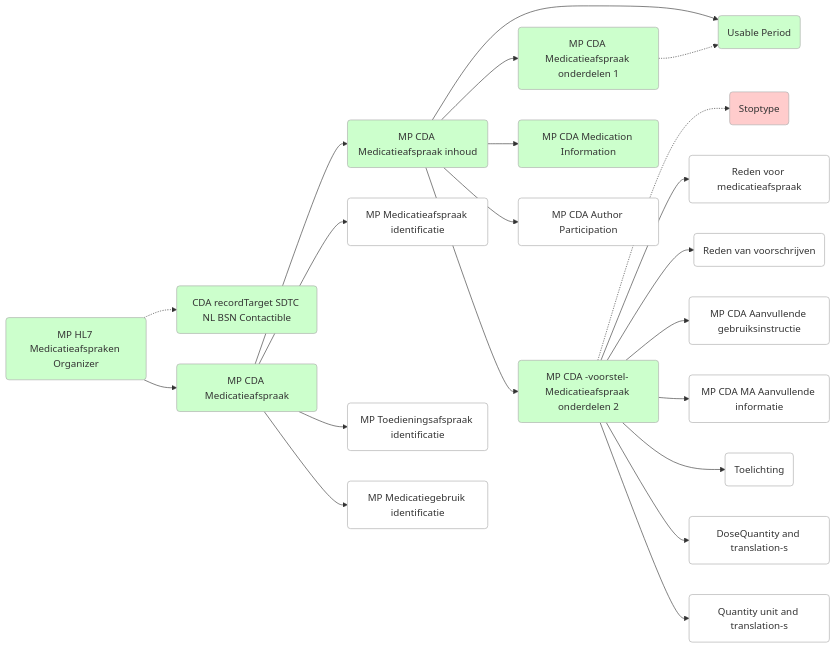
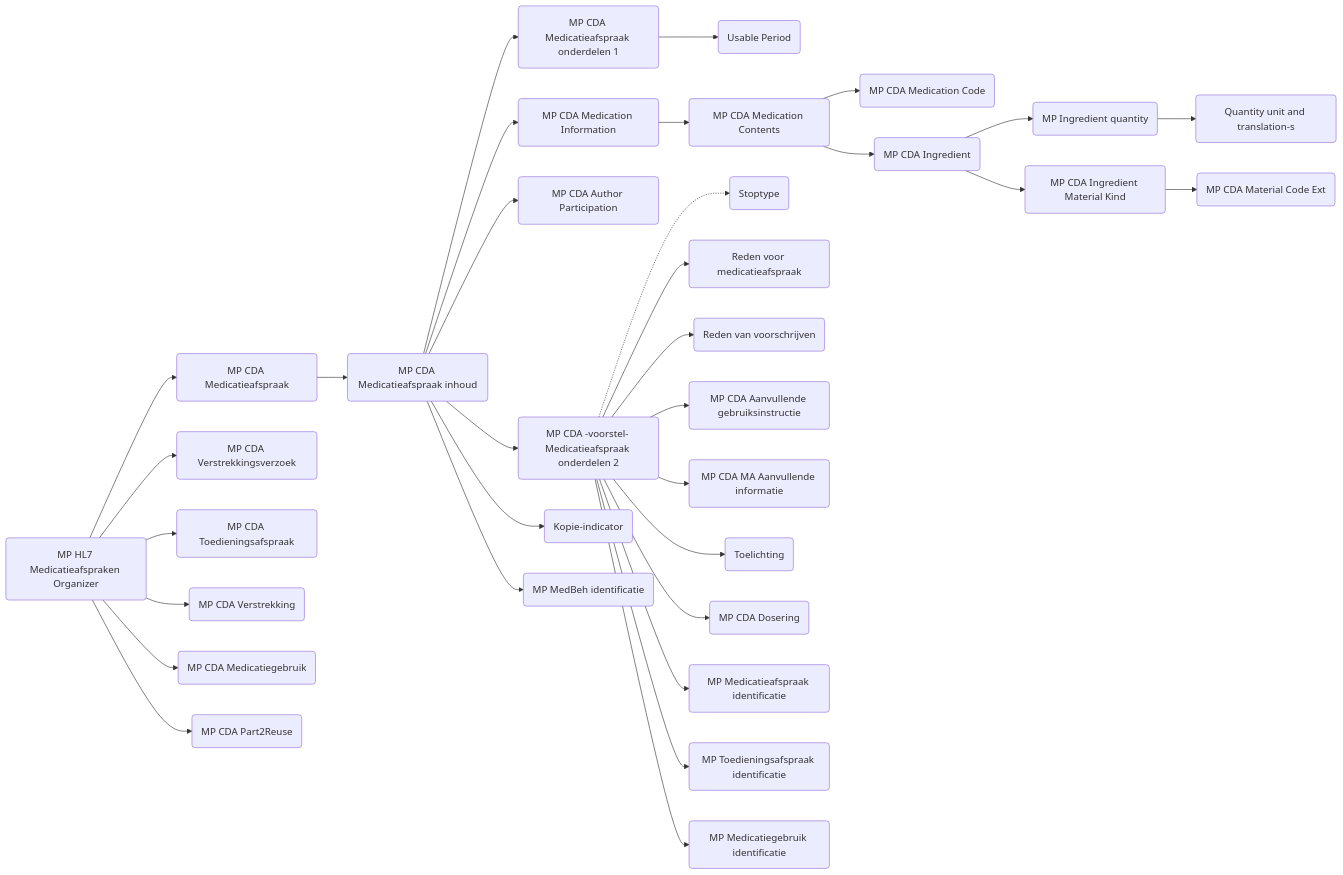
One commit to Duometis/overbrugging changed the diagram in testplaatjes.md. Above: the diagram before and after it, drawn with Mermaid. The commit also changed other lines of this file, not shown here.

````diff
--- a/testplaatjes.md
+++ b/testplaatjes.md
@@ -1,51 +1,34 @@
 ```mermaid
 flowchart LR
-    %% Root organizer
-    1(MP HL7 Medicatieafspraken Organizer)
-
-    %% Inclusie (header/patiënt)
-    1 -.-> 2(CDA recordTarget SDTC NL BSN Contactible)
-
-    %% Containment van de entry
-    1 --> 3(MP CDA Medicatieafspraak)
-
-    %% Inhoudelijke children van MP CDA Medicatieafspraak
-    3 --> 4(MP CDA Medicatieafspraak inhoud)
-    4 --> 5(MP CDA Medicatieafspraak onderdelen 1)
-    4 --> 6(MP CDA -voorstel- Medicatieafspraak onderdelen 2)
-    4 --> 7(MP CDA Medication Information)
-    4 --> 8(MP CDA Author Participation)
-    4 --> 9(Usable Period)
-
-    %% Inclusie binnen onderdelen 1
-    5 -.-> 9(Usable Period)
-
-    %% EntryRelationships onder onderdelen 2
-    6 -.-> 10(Stoptype)
-    6 --> 11(Reden voor medicatieafspraak)
-    6 --> 12(Reden van voorschrijven)
-    6 --> 13(MP CDA Aanvullende gebruiksinstructie)
-    6 --> 14(MP CDA MA Aanvullende informatie)
-    6 --> 15(Toelichting)
-
-    %% Relaties/identificaties vanuit de Medicatieafspraak
-    3 --> 16(MP Medicatieafspraak identificatie)
-    3 --> 17(MP Toedieningsafspraak identificatie)
-    3 --> 18(MP Medicatiegebruik identificatie)
-
-    %% Doseer-helpers (gebruikt binnen doseerinstructies)
-    6 --> 19(DoseQuantity and translation-s)
-    6 --> 20(Quantity unit and translation-s)
-
-    %% ---------- STIJLEN ----------
-    %% Subtiele grijze rand voor alle klassen
-    classDef standaard fill:#ffffff,stroke:#aaa,stroke-width:1px;
-    classDef groen fill:#ccffcc,stroke:#aaa,stroke-width:1px;
-    classDef rood fill:#ffcccc,stroke:#aaa,stroke-width:1px;
-
-    %% Klassen toewijzen
-    class 1,2,3,4,5,6,7,9 groen;
-    class 10 rood;
-    class 8,11,12,13,14,15,16,17,18,19,20 standaard;
-
+    1(MP HL7 Medicatieafspraken Organizer) --> 2(MP CDA Medicatieafspraak)
+    2(MP CDA Medicatieafspraak) --> 3(MP CDA Medicatieafspraak inhoud)
+    3(MP CDA Medicatieafspraak inhoud) --> 11(MP CDA Medicatieafspraak onderdelen 1)
+    11(MP CDA Medicatieafspraak onderdelen 1) --> 21(Usable Period)
+    3(MP CDA Medicatieafspraak inhoud) --> 12(MP CDA Medication Information)
+    12(MP CDA Medication Information) --> 31(MP CDA Medication Contents)
+    31(MP CDA Medication Contents) --> 41(MP CDA Medication Code)
+    31(MP CDA Medication Contents) --> 42(MP CDA Ingredient)
+    42(MP CDA Ingredient) --> 51(MP Ingredient quantity)
+    42(MP CDA Ingredient) --> 81(MP CDA Ingredient Material Kind)
+    81(MP CDA Ingredient Material Kind) --> 91(MP CDA Material Code Ext)
+    51(MP Ingredient quantity) --> 52(Quantity unit and translation-s)
+    3(MP CDA Medicatieafspraak inhoud) --> 13(MP CDA Author Participation)
+    3(MP CDA Medicatieafspraak inhoud) --> 15(Kopie-indicator)
+    3(MP CDA Medicatieafspraak inhoud) --> 16(MP MedBeh identificatie)
+    3(MP CDA Medicatieafspraak inhoud) --> 14(MP CDA -voorstel- Medicatieafspraak onderdelen 2)
+    1(MP HL7 Medicatieafspraken Organizer) --> 4(MP CDA Verstrekkingsverzoek)
+    1(MP HL7 Medicatieafspraken Organizer) --> 5(MP CDA Toedieningsafspraak)
+    1(MP HL7 Medicatieafspraken Organizer) --> 6(MP CDA Verstrekking)
+    1(MP HL7 Medicatieafspraken Organizer) --> 7(MP CDA Medicatiegebruik)
+    1(MP HL7 Medicatieafspraken Organizer) --> 8(MP CDA Part2Reuse)
+    14(MP CDA -voorstel- Medicatieafspraak onderdelen 2) -.-> 61(Stoptype)
+    14(MP CDA -voorstel- Medicatieafspraak onderdelen 2) --> 62(Reden voor medicatieafspraak)
+    14(MP CDA -voorstel- Medicatieafspraak onderdelen 2) --> 63(Reden van voorschrijven)
+    14(MP CDA -voorstel- Medicatieafspraak onderdelen 2) --> 64(MP CDA Aanvullende gebruiksinstructie)
+    14(MP CDA -voorstel- Medicatieafspraak onderdelen 2) --> 65(MP CDA MA Aanvullende informatie)
+    14(MP CDA -voorstel- Medicatieafspraak onderdelen 2) --> 66(Toelichting)
+    14(MP CDA -voorstel- Medicatieafspraak onderdelen 2) --> 67(MP CDA Dosering)
+    14(MP CDA -voorstel- Medicatieafspraak onderdelen 2) --> 68(MP Medicatieafspraak identificatie)
+    14(MP CDA -voorstel- Medicatieafspraak onderdelen 2) --> 69(MP Toedieningsafspraak identificatie)
+    14(MP CDA -voorstel- Medicatieafspraak onderdelen 2) --> 70(MP Medicatiegebruik identificatie)
 ```
````
